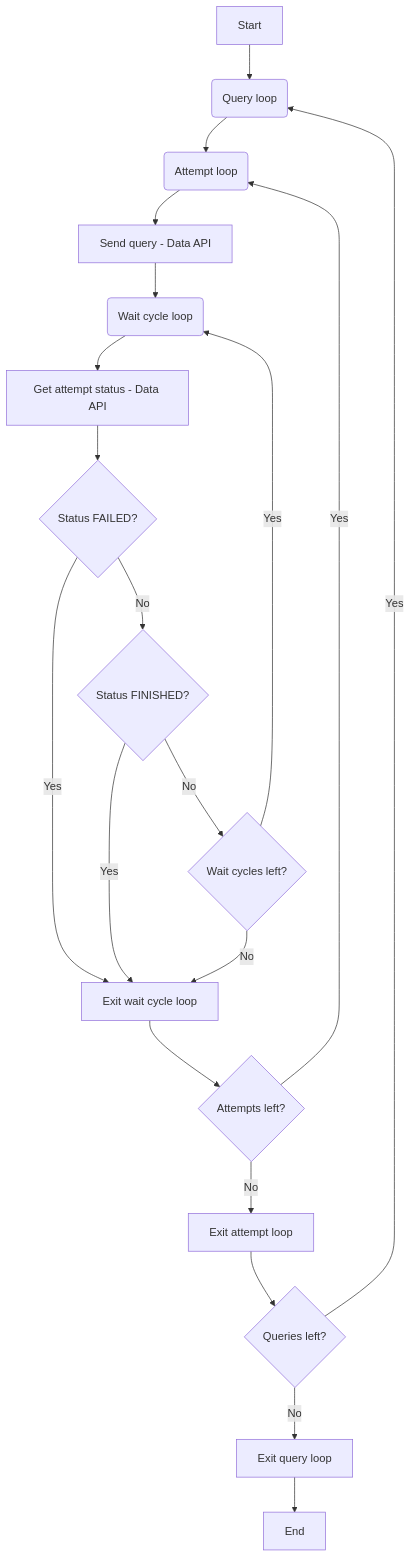
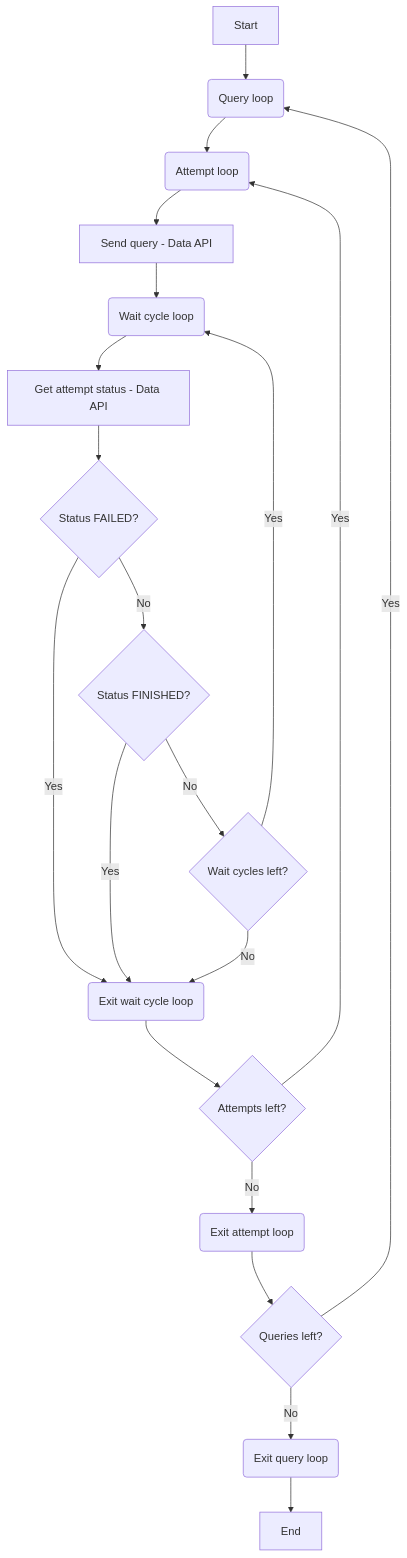
One commit to aws-samples/amazon-redshift-auto-testing-with-data-api changed the first of 2 diagrams in README.md. Above: the diagram before and after it, drawn with Mermaid. The commit also changed other lines of this file, not shown here.

````diff
--- a/README.md
+++ b/README.md
@@ -157,22 +157,22 @@
 ```mermaid
 graph TD
     start[Start] --> query_loop(Query loop)
     query_loop   --> attempt_loop(Attempt loop)
     attempt_loop --> send_query[Send query - Data API]
     send_query   --> wait_loop(Wait cycle loop)
     wait_loop    --> get_status[Get attempt status - Data API]
     get_status   --> failed{Status FAILED?}
-    failed       --> | Yes | exit_wait[Exit wait cycle loop]
+    failed       --> | Yes | exit_wait(Exit wait cycle loop)
     failed       --> | No  | finished{Status FINISHED?}
-    finished     --> | Yes | exit_wait[Exit wait cycle loop]
+    finished     --> | Yes | exit_wait
     finished     --> | No  | wait_left{Wait cycles left?}
     wait_left    --> | Yes | wait_loop
     wait_left    --> | No  | exit_wait
     exit_wait    --> attempt_left{Attempts left?}
     attempt_left --> | Yes | attempt_loop
-    attempt_left --> | No  | exit_attempt[Exit attempt loop]
+    attempt_left --> | No  | exit_attempt(Exit attempt loop)
     exit_attempt --> query_left{Queries left?}
     query_left   --> | Yes | query_loop
-    query_left   --> | No  | exit_query[Exit query loop]
+    query_left   --> | No  | exit_query(Exit query loop)
     exit_query   --> stop[End]
 ```
````
